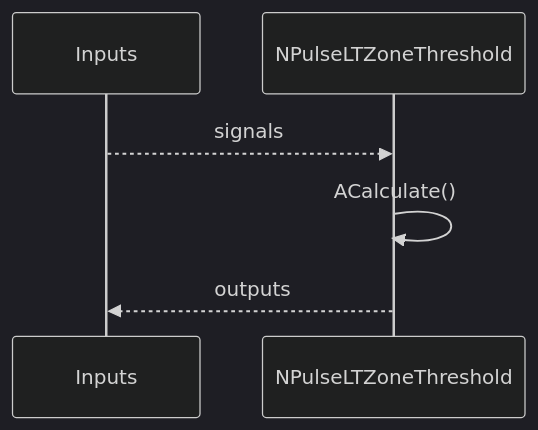
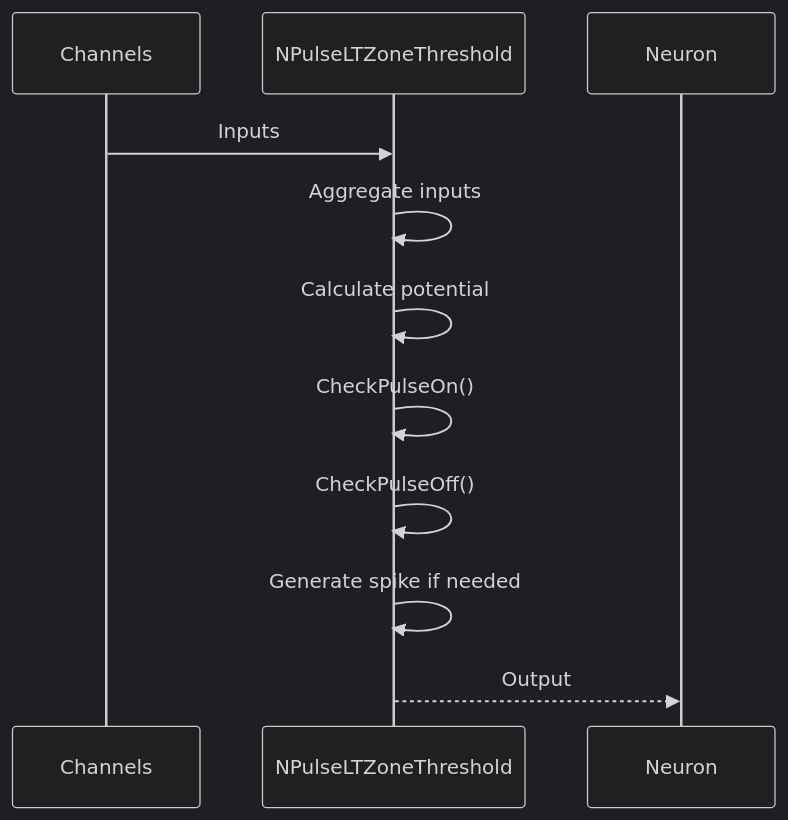
One commit to aicommunity/Nmsdk-PulseLib changed the seventh of 10 diagrams in Docs/Components/NPulseLTZoneThreshold.md. Above: the diagram before and after it, drawn with Mermaid (dark theme). The commit also changed other lines of this file and 196 other files, not shown here.

````diff
--- a/Docs/Components/NPulseLTZoneThreshold.md
+++ b/Docs/Components/NPulseLTZoneThreshold.md
@@ -24,8 +291,14 @@
 ```mermaid
 sequenceDiagram
-    participant In as Inputs
-    participant X as NPulseLTZoneThreshold
-    In-->>X: signals
-    X->>X: ACalculate()
-    X-->>In: outputs
+    participant Channels
+    participant LTZone as NPulseLTZoneThreshold
+    participant Neuron
+    
+    Channels->>LTZone: Inputs
+    LTZone->>LTZone: Aggregate inputs
+    LTZone->>LTZone: Calculate potential
+    LTZone->>LTZone: CheckPulseOn()
+    LTZone->>LTZone: CheckPulseOff()
+    LTZone->>LTZone: Generate spike if needed
+    LTZone-->>Neuron: Output
 ```
````
